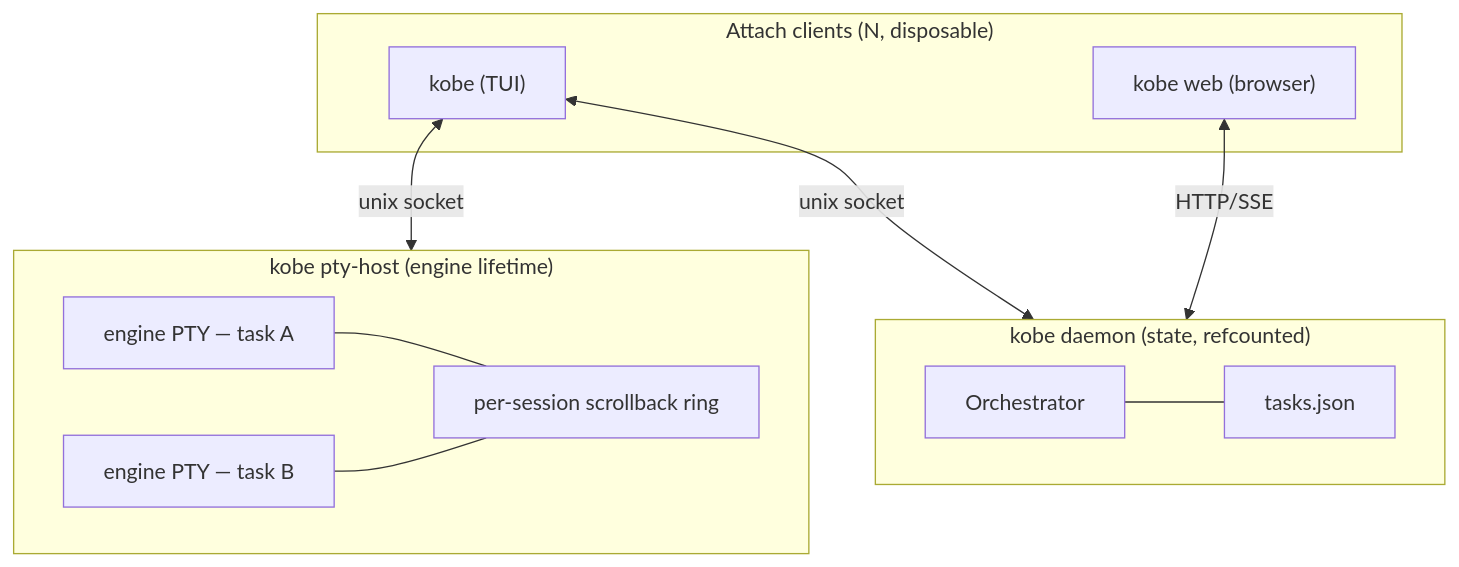
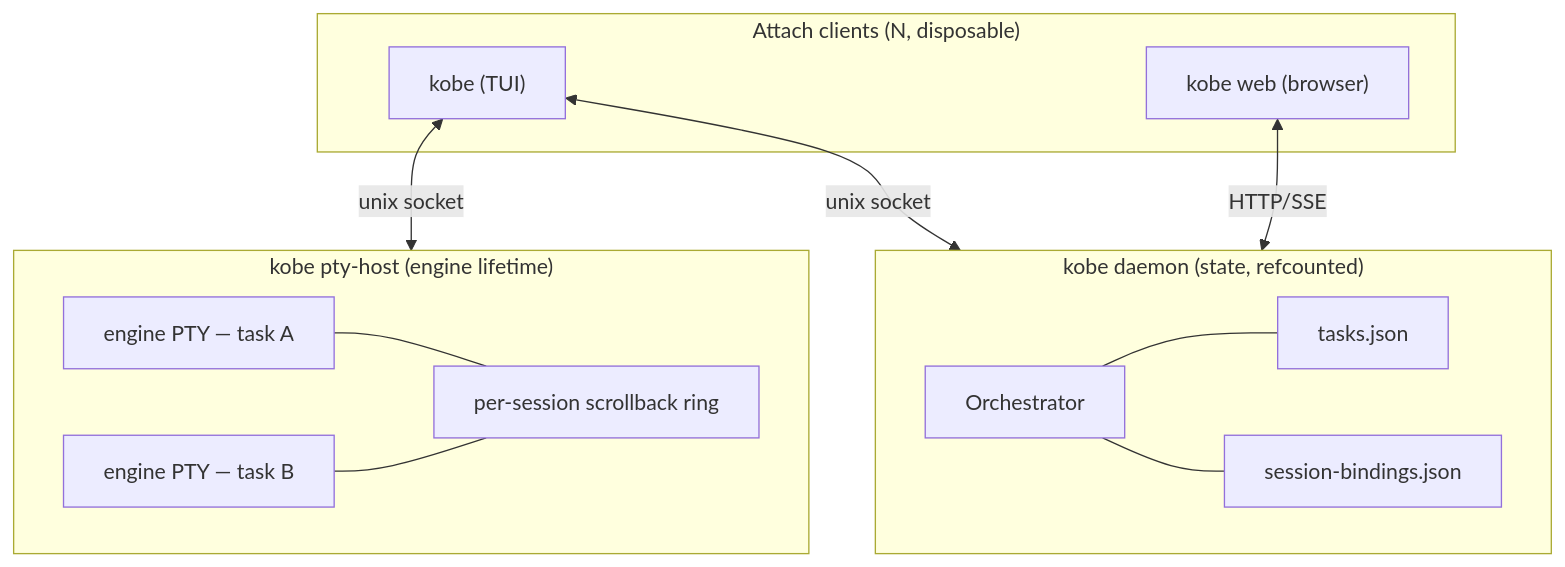
Before and after one commit to Sma1lboy/kobe: the diagram in docs/SESSIONS.md, drawn with Mermaid. The commit also changed other lines of this file and 37 other files, not shown here.

First line of the commit message:
feat: persist engine session bindings

````diff
--- a/docs/SESSIONS.md
+++ b/docs/SESSIONS.md
@@ -6,22 +6,24 @@
 ```mermaid
 flowchart TB
   subgraph clients["Attach clients (N, disposable)"]
     tui["kobe (TUI)"]
     web["kobe web (browser)"]
   end
   subgraph daemon["kobe daemon (state, refcounted)"]
     orch[Orchestrator]
     idx["tasks.json"]
+    bindings["session-bindings.json"]
   end
   subgraph host["kobe pty-host (engine lifetime)"]
     p1["engine PTY — task A"]
     p2["engine PTY — task B"]
     ring["per-session scrollback ring"]
   end
   tui <-->|unix socket| daemon
   web <-->|HTTP/SSE| daemon
   tui <-->|unix socket| host
   orch --- idx
+  orch --- bindings
   p1 --- ring
   p2 --- ring
 ```
````
